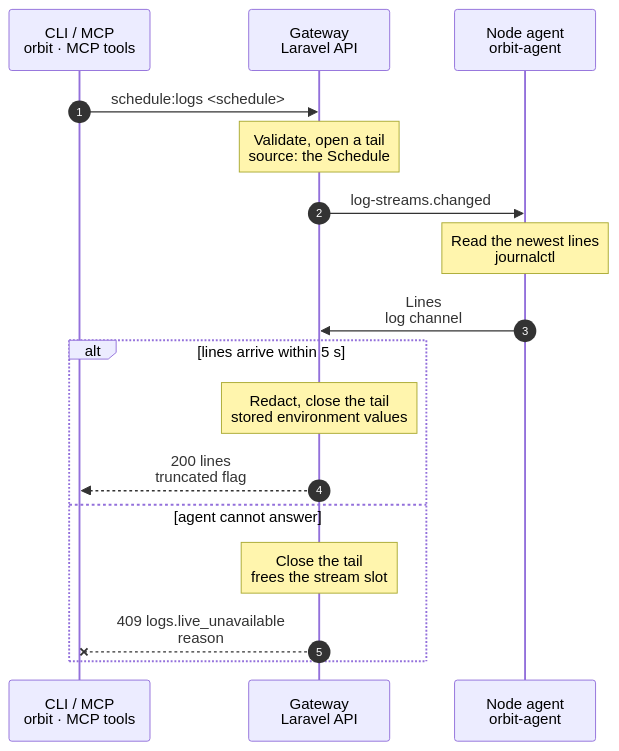
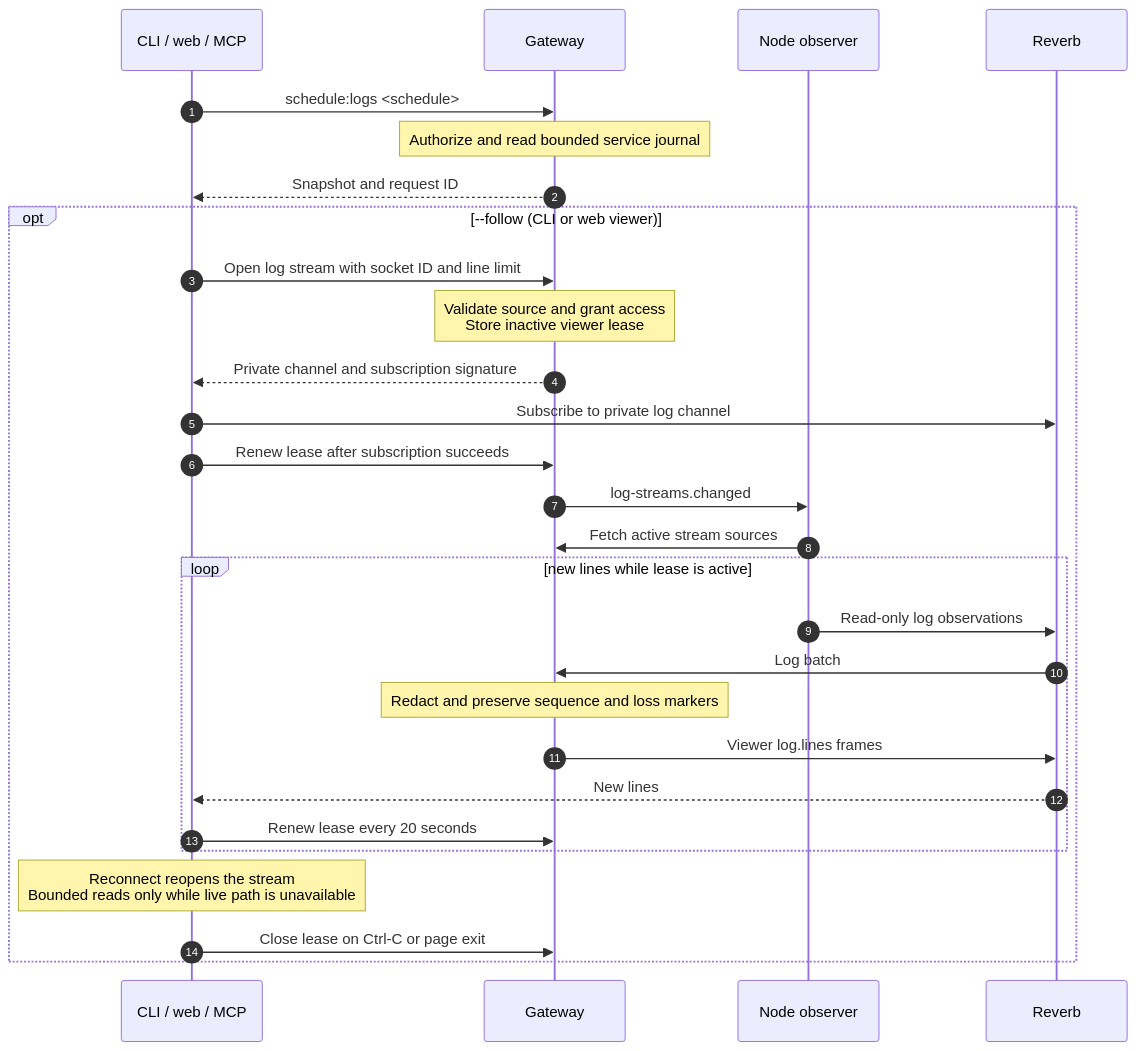
The diagram in docs/cli/schedule/logs.mmd (hardimpactdev/orbit), drawn with Mermaid before and after one commit. The commit also changed 11 other files, not shown here.

Commit message:
docs(cli): specify logs and schedule streaming

```diff
--- a/docs/cli/schedule/logs.mmd
+++ b/docs/cli/schedule/logs.mmd
@@ -1,52 +1,31 @@
 sequenceDiagram
-  %% Target design: Nick 2026-11-06, agent strip (a): a log read is a typed source of the agent's log streaming. No SSH, no agent command, no Swamp run (R1).
   %% status: draft
   %% command: schedule:logs
   %% kind: schedule.logs
   autonumber
-  %% lane CLI icon=terminal pill=caller tone=gray
-  %% lane GW icon=gateway pill=intent tone=blue
-  %% lane A icon=server pill=observer tone=amber
-  participant CLI as CLI / MCP<br/>orbit · MCP tools
-  participant GW as Gateway<br/>Laravel API
-  participant A as Node agent<br/>orbit-agent
+  participant CLI as CLI / web / MCP
+  participant GW as Gateway
+  participant A as Node observer
+  participant R as Reverb
   CLI->>GW: schedule:logs <schedule>
-  %%> Command:
-  %%> - `orbit schedule:logs <schedule>`
-  %%> - syntax: `schedule:logs <schedule> [--lines=COUNT] [--json]`
-  %%> Input:
-  %%> - the Schedule UUID from `schedule:list`
-  %%> Who can call it:
-  %%> - the `orbit` CLI, the web app and the MCP tool send the same request
-  Note over GW: Validate, open a tail<br/>source: the Schedule
-  %%> Requirements:
-  %%> - your Node has an access grant to the Node that holds the Schedule
-  %%> - the agent of that Node has a fresh view and has joined its log channel
-  %%> - the Node has a free stream slot (16 for each Node)
-  %%> Result:
-  %%> - the Gateway opens the tail for itself with the requested line count and starts it at once; it needs no viewer channel
-  %%> - the source is derived by the Gateway: the Schedule's service unit, `orbit-schedule-{id}.service`; the Schedule must be installed
-  %%> - the caller names no path or unit
-  GW->>A: log-streams.changed
-  %%> What it does:
-  %%> - prompts the agent to fetch its stream list over HTTPS; the event carries no data
-  Note over A: Read the newest lines<br/>journalctl
-  %%> What it does:
-  %%> - read-only `journalctl --unit … --output short-iso --utc`, newest entries first, each entry cut at 256 KiB
-  %%> - the agent redacts each line and sends the first lines as one batch, also when the batch is empty, so the Gateway knows the read is complete
-  A->>GW: Lines<br/>log channel
-  alt lines arrive within 5 s
-    Note over GW: Redact, close the tail<br/>stored environment values
-    GW-->>CLI: 200 lines<br/>truncated flag
-    %%> Result:
-    %%> - at most the requested number of newest lines and 256 KiB; `truncated` is set when either limit left out older lines
-    %%> - a unit without journal entries is an empty list
-  else agent cannot answer
-    Note over GW: Close the tail<br/>frees the stream slot
-    GW--xCLI: 409 logs.live_unavailable<br/>reason
-    %%> When:
-    %%> - the agent view is stale, the agent has not joined its log channel, the source cannot be read, or no batch arrives within 5 s
-    %%> - `logs.stream_limit` (429) when the Node already has 16 open tails
-    %%> Result:
-    %%> - there is no SSH fallback and no polling; read again once the agent is back
+  Note over GW: Authorize and read bounded service journal
+  GW-->>CLI: Snapshot and request ID
+  opt --follow (CLI or web viewer)
+    CLI->>GW: Open log stream with socket ID and line limit
+    Note over GW: Validate source and grant access<br/>Store inactive viewer lease
+    GW-->>CLI: Private channel and subscription signature
+    CLI->>R: Subscribe to private log channel
+    CLI->>GW: Renew lease after subscription succeeds
+    GW->>A: log-streams.changed
+    A->>GW: Fetch active stream sources
+    loop new lines while lease is active
+      A->>R: Read-only log observations
+      R->>GW: Log batch
+      Note over GW: Redact and preserve sequence and loss markers
+      GW->>R: Viewer log.lines frames
+      R-->>CLI: New lines
+      CLI->>GW: Renew lease every 20 seconds
+    end
+    Note over CLI: Reconnect reopens the stream<br/>Bounded reads only while live path is unavailable
+    CLI->>GW: Close lease on Ctrl-C or page exit
   end
```
